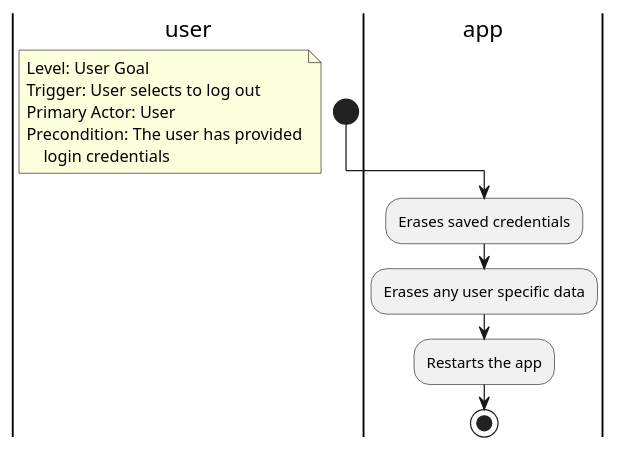
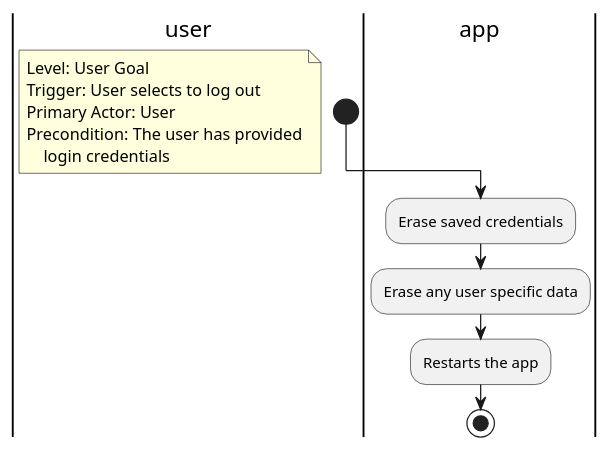
The diagram in diagrams/User Goal/Logout Activity Diagram.puml (hristo-stefanov/MiniBankingDemo), drawn with PlantUML before and after one commit. The commit also changed 11 other files, not shown here.

```diff
--- a/diagrams/User Goal/Logout Activity Diagram.puml
+++ b/diagrams/User Goal/Logout Activity Diagram.puml
@@ -1,22 +1,22 @@
 @startuml
 'https://plantuml.com/activity-diagram-beta
 
 'TODO refine
 |user|
 start
 
 floating note left
 Level: User Goal
 Trigger: User selects to log out
 Primary Actor: User
 Precondition: The user has provided
     login credentials
 end note
 
 |app|
-:Erases saved credentials;
-:Erases any user specific data;
+:Erase saved credentials;
+:Erase any user specific data;
 :Restarts the app;
 stop
 
 @enduml
```
